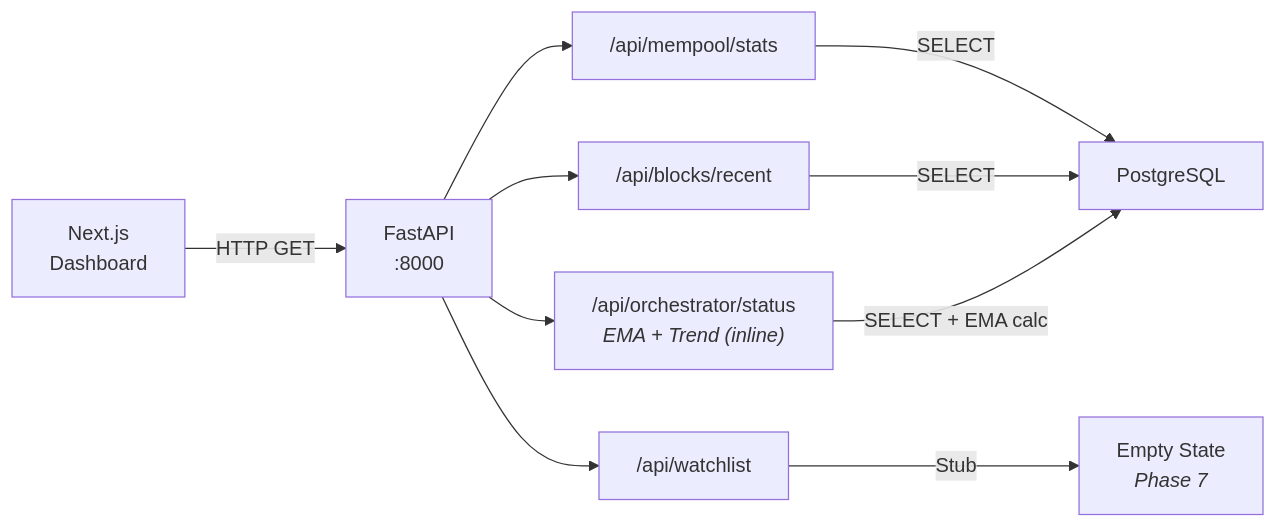
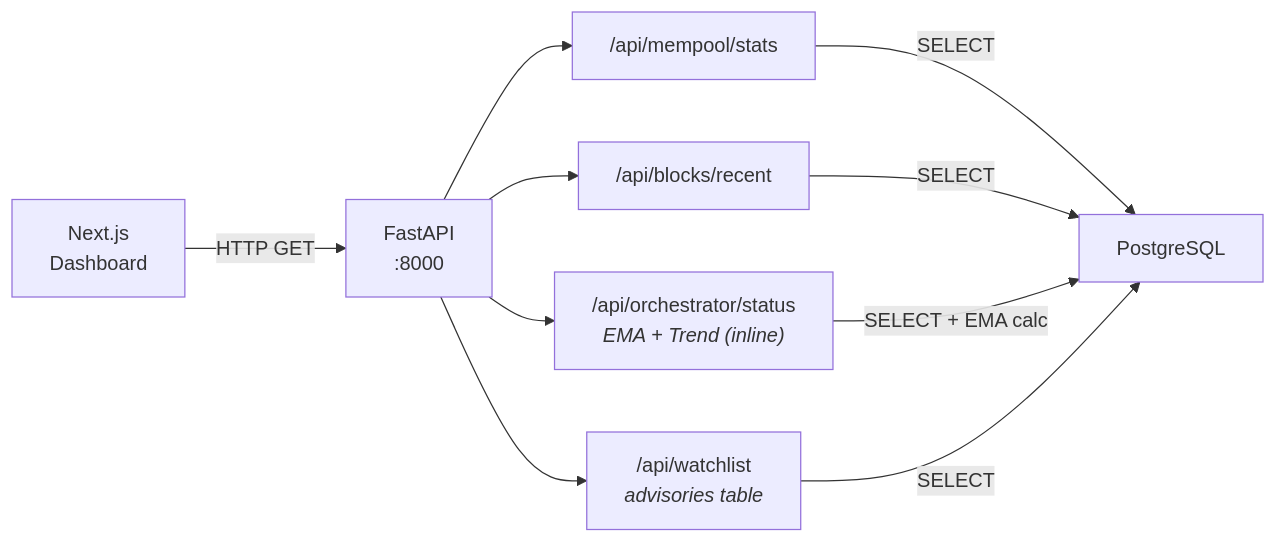
One commit to ieshatchuell/mempool-orchestrator changed the sixth of 9 diagrams in docs/architecture.md. Above: the diagram before and after it, drawn with Mermaid. The commit also changed other lines of this file and 20 other files, not shown here.

````diff
--- a/docs/architecture.md
+++ b/docs/architecture.md
@@ -144,14 +165,14 @@
 ```mermaid
 flowchart LR
     UI["Next.js<br/>Dashboard"] -->|"HTTP GET"| API["FastAPI<br/>:8000"]
 
     API --> Q1["/api/mempool/stats"]
     API --> Q2["/api/blocks/recent"]
     API --> Q3["/api/orchestrator/status<br/><i>EMA + Trend (inline)</i>"]
-    API --> Q4["/api/watchlist"]
+    API --> Q4["/api/watchlist<br/><i>advisories table</i>"]
 
     Q1 -->|"SELECT"| PG["PostgreSQL"]
     Q2 -->|"SELECT"| PG
     Q3 -->|"SELECT + EMA calc"| PG
-    Q4 -->|"Stub"| STUB["Empty State<br/><i>Phase 7</i>"]
+    Q4 -->|"SELECT"| PG
 ```
````
